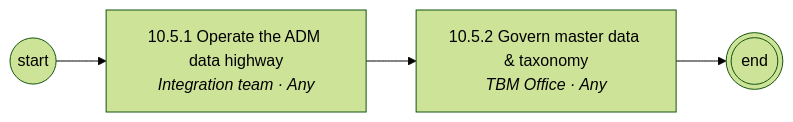
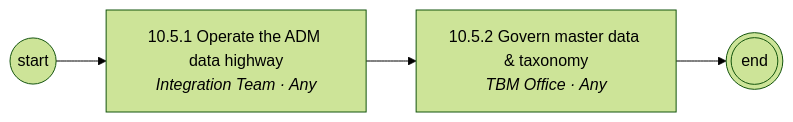
The sixth of 8 diagrams in diagrams/mermaid/area-10.md (corbyjames/apptio-process-catalog), drawn with Mermaid (forest theme) before and after one commit. The commit also changed other lines of this file and 251 other files, not shown here.

````diff
--- a/diagrams/mermaid/area-10.md
+++ b/diagrams/mermaid/area-10.md
@@ -81,9 +83,9 @@
 ```mermaid
 flowchart LR
   S((start))
-  N10_5_1["10.5.1 Operate the ADM data highway<br/><i>Integration team · Any</i>"]
+  N10_5_1["10.5.1 Operate the ADM data highway<br/><i>Integration Team · Any</i>"]
   S --> N10_5_1
   N10_5_2["10.5.2 Govern master data & taxonomy<br/><i>TBM Office · Any</i>"]
   N10_5_1 --> N10_5_2
   N10_5_2 --> E(((end)))
 ```
````
